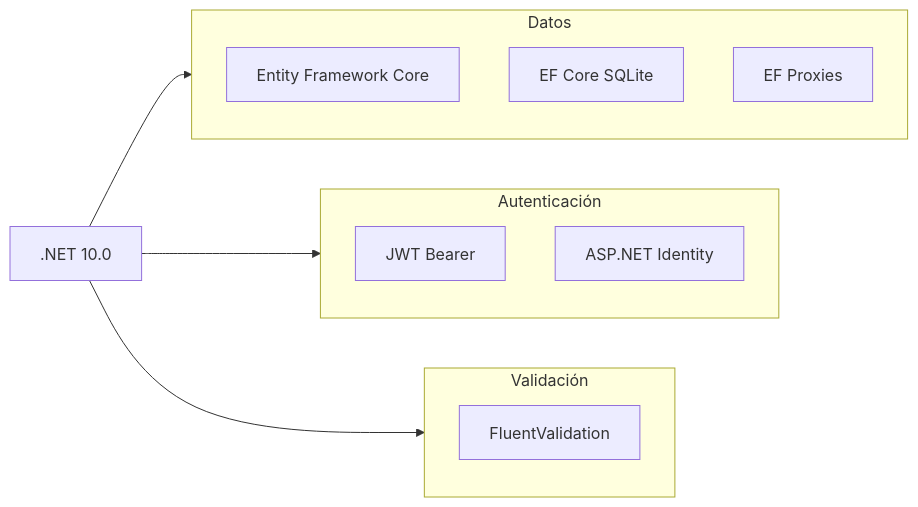
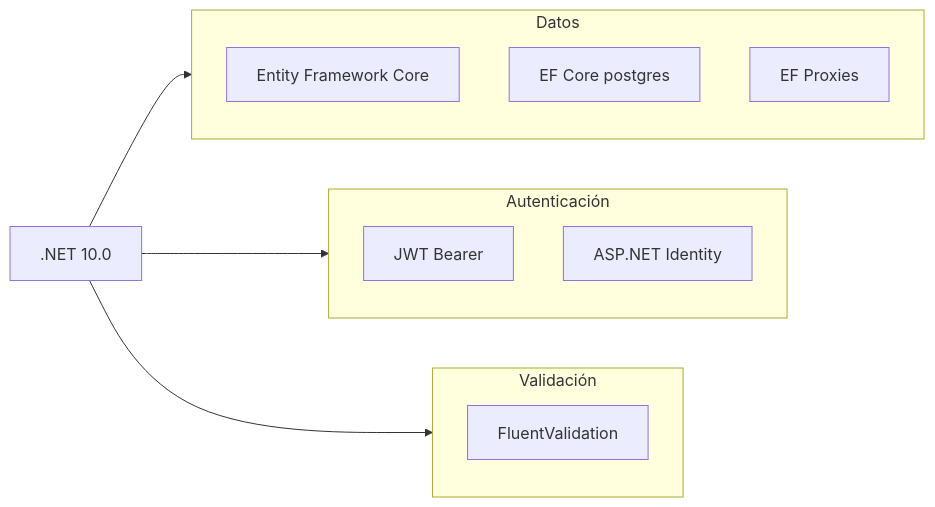
Before and after one commit to Cristianortegaa/PandaDaw: diagram 12 of 13 in Documentacion.md, drawn with Mermaid. The commit also changed other lines of this file, not shown here.

````diff
--- a/Documentacion.md
+++ b/Documentacion.md
@@ -588,23 +588,23 @@
 ```mermaid
 graph LR
     Core[".NET 10.0"]
 
     subgraph Data["Datos"]
         EF["Entity Framework Core"]
-        EFSQL["EF Core SQLite"]
+        EFSQL["EF Core postgres"]
         EFProxies["EF Proxies"]
     end
 
     subgraph Auth["Autenticación"]
         JWT["JWT Bearer"]
         Identity["ASP.NET Identity"]
     end
 
     subgraph Validation["Validación"]
         Fluent["FluentValidation"]
     end
 
     Core --> Data
     Core --> Auth
     Core --> Validation
 ```
````
